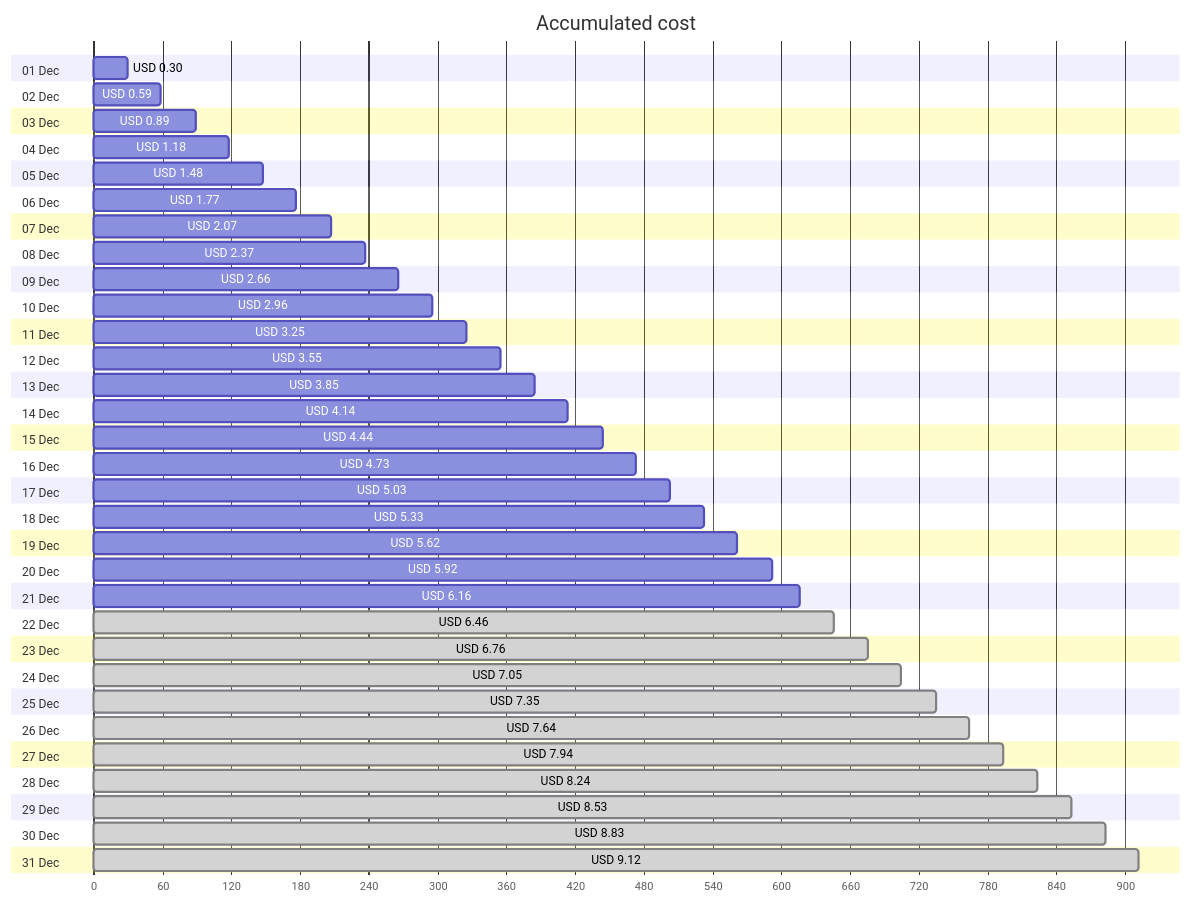
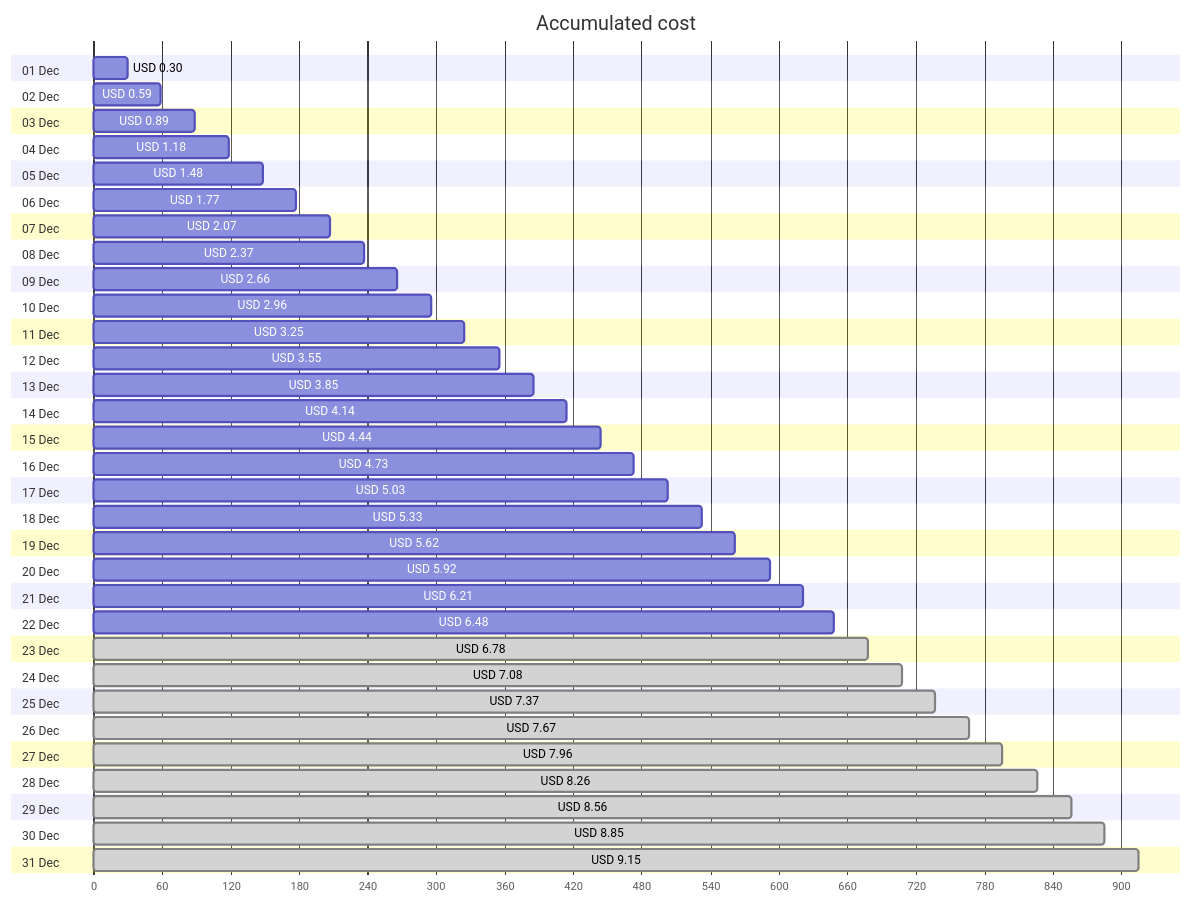
One commit to jpfulton/azure-personal-reports changed the first of 4 diagrams in cost-reports/personal-site/personal-site-preview.md. Above: the diagram before and after it, drawn with Mermaid. The commit also changed other lines of this file and 6 other files, not shown here.

````diff
--- a/cost-reports/personal-site/personal-site-preview.md
+++ b/cost-reports/personal-site/personal-site-preview.md
@@ -20,68 +20,68 @@
 ```mermaid
 gantt
    title Accumulated cost
    dateFormat  X
    axisFormat %s
    section 01 Dec
    USD 0.30 :0, 30
    section 02 Dec
    USD 0.59 :0, 59
    section 03 Dec
    USD 0.89 :0, 89
    section 04 Dec
    USD 1.18 :0, 118
    section 05 Dec
    USD 1.48 :0, 148
    section 06 Dec
    USD 1.77 :0, 177
    section 07 Dec
    USD 2.07 :0, 207
    section 08 Dec
    USD 2.37 :0, 237
    section 09 Dec
    USD 2.66 :0, 266
    section 10 Dec
    USD 2.96 :0, 296
    section 11 Dec
    USD 3.25 :0, 325
    section 12 Dec
    USD 3.55 :0, 355
    section 13 Dec
    USD 3.85 :0, 385
    section 14 Dec
    USD 4.14 :0, 414
    section 15 Dec
    USD 4.44 :0, 444
    section 16 Dec
    USD 4.73 :0, 473
    section 17 Dec
    USD 5.03 :0, 503
    section 18 Dec
    USD 5.33 :0, 533
    section 19 Dec
    USD 5.62 :0, 562
    section 20 Dec
    USD 5.92 :0, 592
    section 21 Dec
-   USD 6.16 :0, 616
+   USD 6.21 :0, 621
    section 22 Dec
-   USD 6.46 : done, 0, 646
+   USD 6.48 :0, 648
    section 23 Dec
-   USD 6.76 : done, 0, 676
+   USD 6.78 : done, 0, 678
    section 24 Dec
-   USD 7.05 : done, 0, 705
+   USD 7.08 : done, 0, 708
    section 25 Dec
-   USD 7.35 : done, 0, 735
+   USD 7.37 : done, 0, 737
    section 26 Dec
-   USD 7.64 : done, 0, 764
+   USD 7.67 : done, 0, 767
    section 27 Dec
-   USD 7.94 : done, 0, 794
+   USD 7.96 : done, 0, 796
    section 28 Dec
-   USD 8.24 : done, 0, 824
+   USD 8.26 : done, 0, 826
    section 29 Dec
-   USD 8.53 : done, 0, 853
+   USD 8.56 : done, 0, 856
    section 30 Dec
-   USD 8.83 : done, 0, 883
+   USD 8.85 : done, 0, 885
    section 31 Dec
-   USD 9.12 : done, 0, 912
+   USD 9.15 : done, 0, 915
 ```
````
